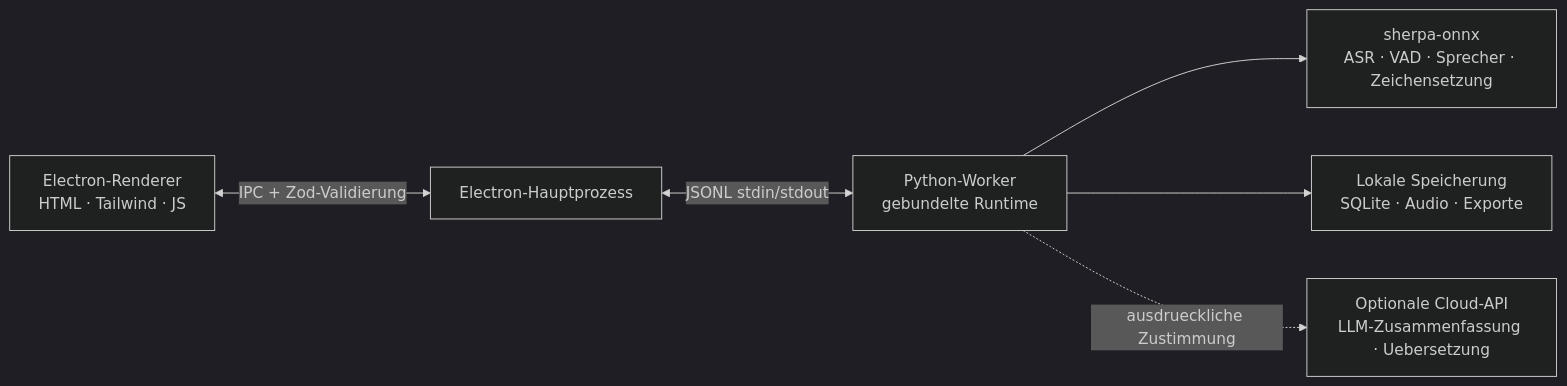
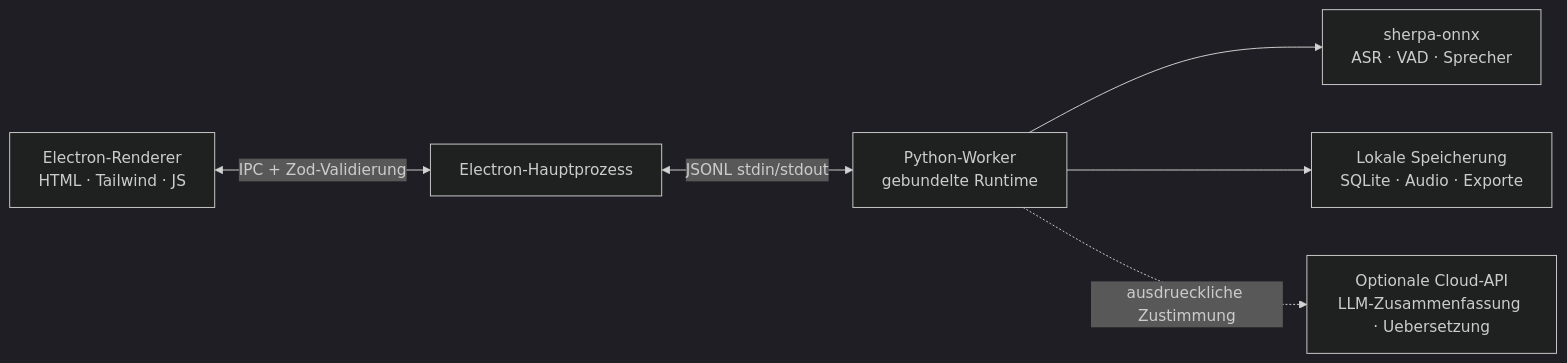
The diagram in docs/README.de.md (zerolovesea/Brevia), drawn with Mermaid (dark theme) before and after one commit. The commit also changed other lines of this file and 62 other files, not shown here.

````diff
--- a/docs/README.de.md
+++ b/docs/README.de.md
@@ -90,8 +102,8 @@
 ```mermaid
 flowchart LR
   A[Electron-Renderer<br/>HTML · Tailwind · JS] <-->|IPC + Zod-Validierung| B[Electron-Hauptprozess]
   B <-->|JSONL stdin/stdout| C[Python-Worker<br/>gebundelte Runtime]
-  C --> D[sherpa-onnx<br/>ASR · VAD · Sprecher · Zeichensetzung]
+  C --> D[sherpa-onnx<br/>ASR · VAD · Sprecher]
   C --> E[Lokale Speicherung<br/>SQLite · Audio · Exporte]
   C -. ausdrueckliche Zustimmung .-> F[Optionale Cloud-API<br/>LLM-Zusammenfassung · Uebersetzung]
 ```
````
